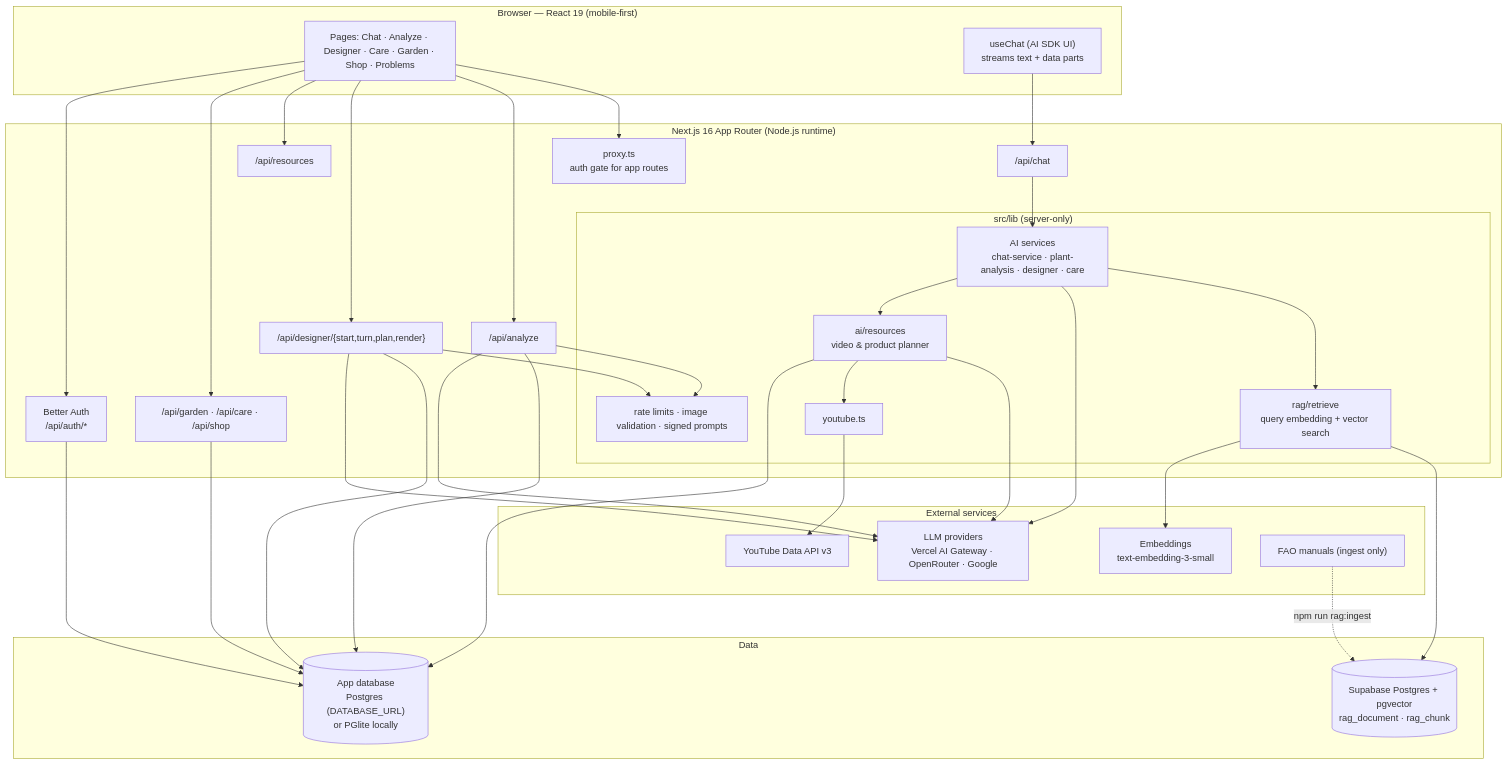
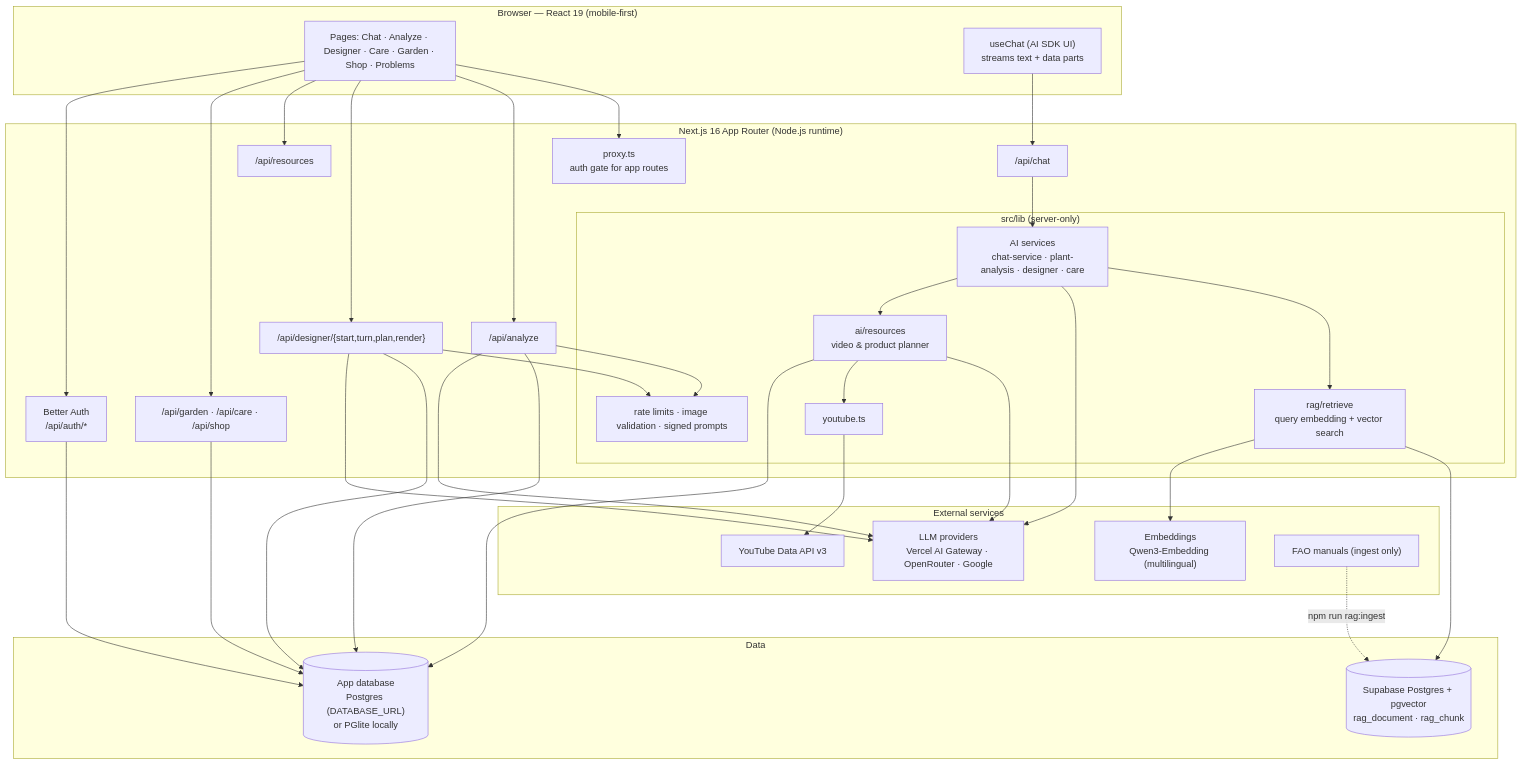
The first of 3 diagrams in README.md (tanvir-hannan-anik/ChhadKrishi), drawn with Mermaid before and after one commit. The commit also changed other lines of this file and 9 other files, not shown here.

First line of the commit message:
RAG on Supabase with multilingual embeddings; fallback video and shop suggestions

````diff
--- a/README.md
+++ b/README.md
@@ -52,50 +52,50 @@
 ```mermaid
 flowchart TB
     subgraph Client["Browser — React 19 (mobile-first)"]
         UI["Pages: Chat · Analyze · Designer · Care · Garden · Shop · Problems"]
         Chat["useChat (AI SDK UI)<br/>streams text + data parts"]
     end
 
     subgraph Next["Next.js 16 App Router (Node.js runtime)"]
         Proxy["proxy.ts<br/>auth gate for app routes"]
         Auth["Better Auth<br/>/api/auth/*"]
         ChatAPI["/api/chat"]
         AnalyzeAPI["/api/analyze"]
         DesignerAPI["/api/designer/{start,turn,plan,render}"]
         ResAPI["/api/resources"]
         AppAPI["/api/garden · /api/care · /api/shop"]
         subgraph Lib["src/lib (server-only)"]
             Svc["AI services<br/>chat-service · plant-analysis · designer · care"]
             RAG["rag/retrieve<br/>query embedding + vector search"]
             Recs["ai/resources<br/>video & product planner"]
             YT["youtube.ts"]
             Limits["rate limits · image validation · signed prompts"]
         end
     end
 
     subgraph Data["Data"]
         AppDB[("App database<br/>Postgres (DATABASE_URL)<br/>or PGlite locally")]
         Supa[("Supabase Postgres + pgvector<br/>rag_document · rag_chunk")]
     end
 
     subgraph External["External services"]
         LLM["LLM providers<br/>Vercel AI Gateway · OpenRouter · Google"]
-        Emb["Embeddings<br/>text-embedding-3-small"]
+        Emb["Embeddings<br/>Qwen3-Embedding (multilingual)"]
         YTAPI["YouTube Data API v3"]
         FAO["FAO manuals (ingest only)"]
     end
 
     UI --> Proxy
     Chat --> ChatAPI
     UI --> AnalyzeAPI & DesignerAPI & ResAPI & AppAPI & Auth
     ChatAPI --> Svc --> RAG --> Supa
     RAG --> Emb
     Svc --> LLM
     Svc --> Recs --> LLM
     Recs --> YT --> YTAPI
     Recs --> AppDB
     AnalyzeAPI & DesignerAPI --> Limits
     AnalyzeAPI & DesignerAPI & AppAPI & Auth --> AppDB
     AnalyzeAPI & DesignerAPI --> LLM
     FAO -. "npm run rag:ingest" .-> Supa
 ```
````
